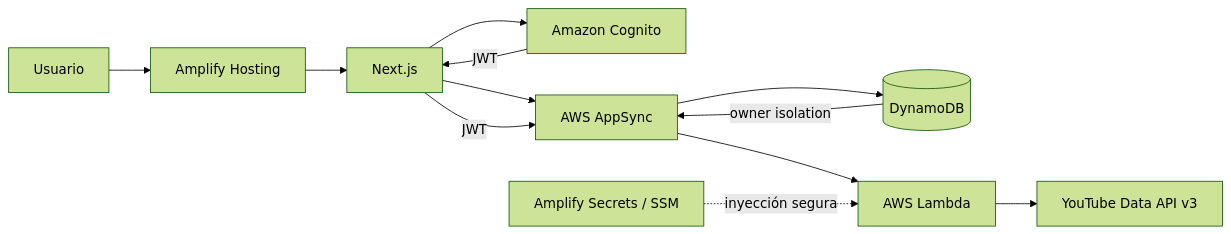
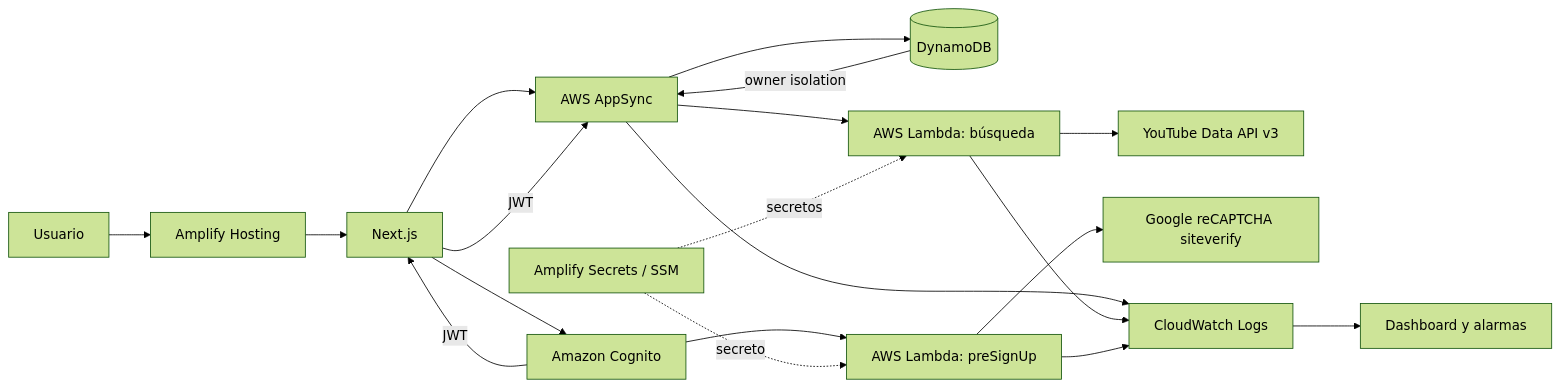
Before and after one commit to IsmaelPrado/innovatube-reto: the diagram in README.md, drawn with Mermaid (forest theme). The commit also changed other lines of this file, not shown here.

````diff
--- a/README.md
+++ b/README.md
@@ -34,15 +59,22 @@
 ```mermaid
 flowchart LR
     U[Usuario] --> H[Amplify Hosting]
     H --> N[Next.js]
     N --> C[Amazon Cognito]
     N --> A[AWS AppSync]
     A --> D[(DynamoDB)]
-    A --> L[AWS Lambda]
+    A --> L[AWS Lambda: búsqueda]
     L --> Y[YouTube Data API v3]
-    S[Amplify Secrets / SSM] -. inyección segura .-> L
+    C --> P[AWS Lambda: preSignUp]
+    P --> G[Google reCAPTCHA siteverify]
+    S[Amplify Secrets / SSM] -. secretos .-> L
+    S -. secreto .-> P
+    A --> W[CloudWatch Logs]
+    L --> W
+    P --> W
+    W --> M[Dashboard y alarmas]
 
     C -->|JWT| N
     N -->|JWT| A
     D -->|owner isolation| A
 ```
````
